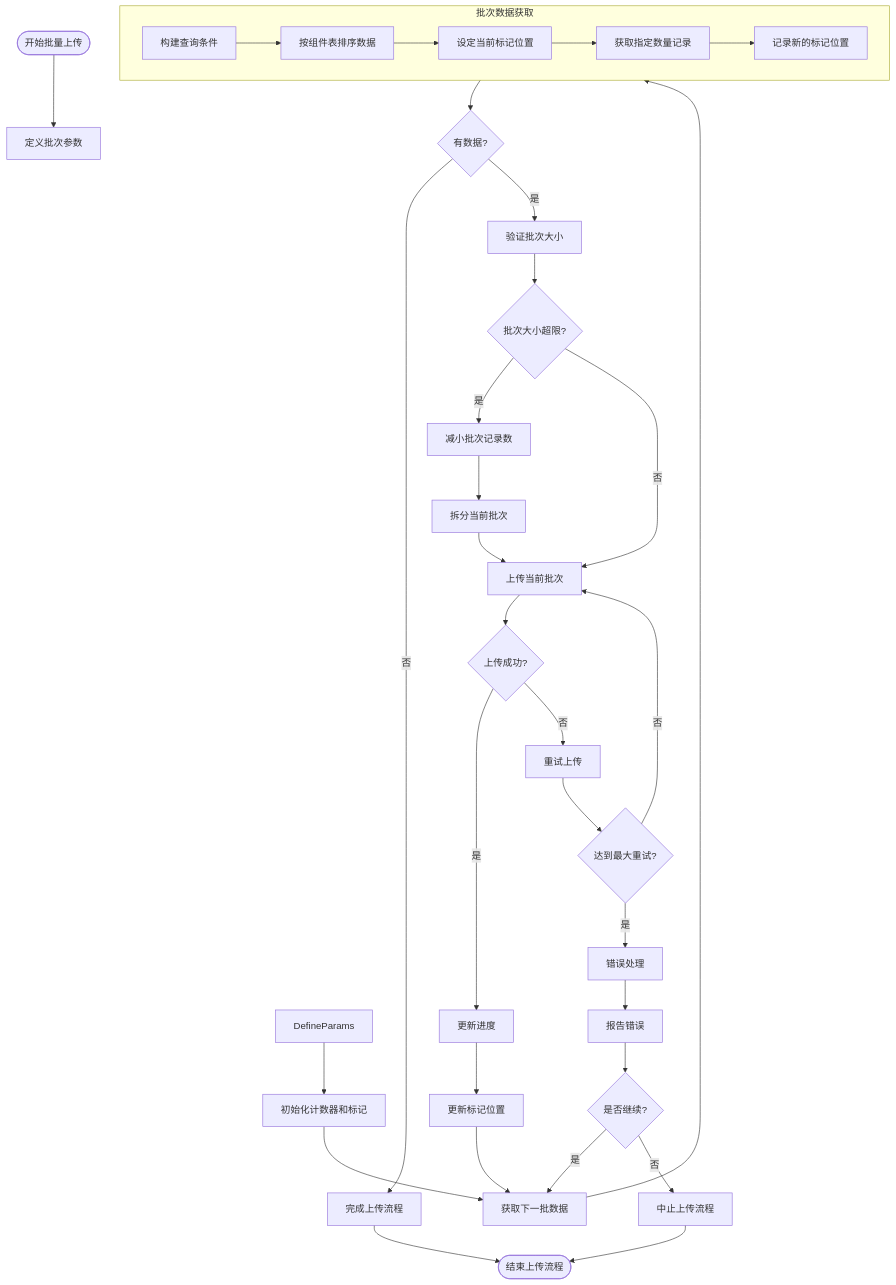
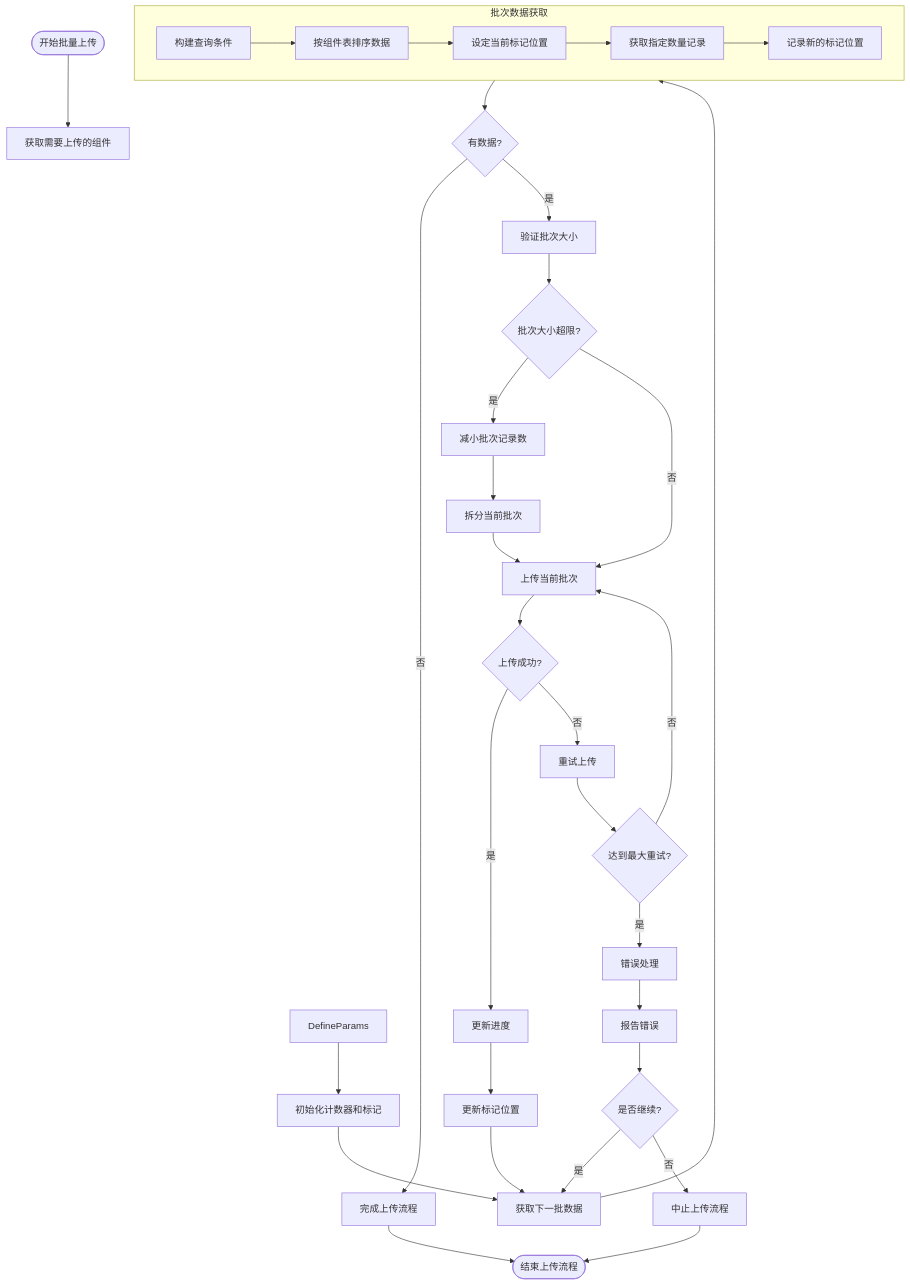
The diagram in all/未命名-51.md (yingjianzh/iodraw-files), drawn with Mermaid before and after one commit.

Commit message:
2025-05-08 17:21:56 update

````diff
--- a/all/未命名-51.md
+++ b/all/未命名-51.md
@@ -1,46 +1,46 @@
 ```mermaid
 flowchart TD
-    Start([开始批量上传]) --> UploadData[定义批次参数]
+    Start([开始批量上传]) --> UploadData[获取需要上传的组件]
     DefineParams --> InitCounters[初始化计数器和标记]
     
     InitCounters --> FetchNextBatch[获取下一批数据]
     
     subgraph BatchFetch [批次数据获取]
         A[构建查询条件] --> B[按组件表排序数据]
         B --> C[设定当前标记位置]
         C --> D[获取指定数量记录]
         D --> E[记录新的标记位置]
     end
     
     FetchNextBatch --> BatchFetch
     
     BatchFetch --> CheckResults{有数据?}
     CheckResults -->|否| CompleteUpload[完成上传流程]
     CheckResults -->|是| ValidateBatch[验证批次大小]
     
     ValidateBatch --> SizeTooLarge{批次大小超限?}
     SizeTooLarge -->|是| AdjustBatchSize[减小批次记录数]
     SizeTooLarge -->|否| UploadBatch[上传当前批次]
     
     AdjustBatchSize --> SplitBatch[拆分当前批次]
     SplitBatch --> UploadBatch
     
     UploadBatch --> UploadSuccess{上传成功?}
     UploadSuccess -->|是| UpdateProgress[更新进度]
     UploadSuccess -->|否| RetryUpload[重试上传]
     
     RetryUpload --> MaxRetries{达到最大重试?}
     MaxRetries -->|否| UploadBatch
     MaxRetries -->|是| ErrorHandling[错误处理]
     
     ErrorHandling --> ReportError[报告错误]
     ReportError --> ContinueOption{是否继续?}
     ContinueOption -->|是| FetchNextBatch
     ContinueOption -->|否| AbortProcess[中止上传流程]
     
     UpdateProgress --> UpdateMarker[更新标记位置]
     UpdateMarker --> FetchNextBatch
     
     CompleteUpload --> End([结束上传流程])
     AbortProcess --> End
 ```
````
